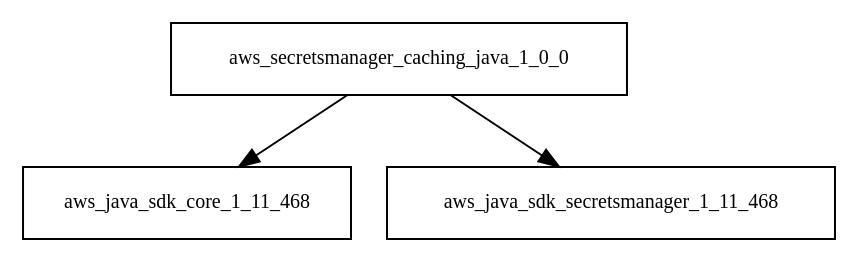
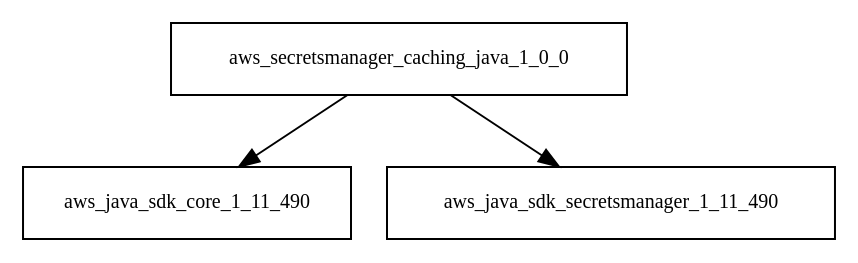
The diagram in tattleTaleReport/graphviz/aws-secretsmanager-caching-java-1.0.0.jar/aws-secretsmanager-caching-java-1.0.0.jar.dot (Hack23/cia), drawn with Graphviz before and after one commit. The commit also changed 4761 other files, not shown here.

```diff
--- a/tattleTaleReport/graphviz/aws-secretsmanager-caching-java-1.0.0.jar/aws-secretsmanager-caching-java-1.0.0.jar.dot
+++ b/tattleTaleReport/graphviz/aws-secretsmanager-caching-java-1.0.0.jar/aws-secretsmanager-caching-java-1.0.0.jar.dot
@@ -1,5 +1,5 @@
 digraph aws_secretsmanager_caching_java_1_0_0_dependencies {
   node [shape = box, fontsize=10.0];
-  aws_secretsmanager_caching_java_1_0_0 -> aws_java_sdk_core_1_11_468;
-  aws_secretsmanager_caching_java_1_0_0 -> aws_java_sdk_secretsmanager_1_11_468;
+  aws_secretsmanager_caching_java_1_0_0 -> aws_java_sdk_core_1_11_490;
+  aws_secretsmanager_caching_java_1_0_0 -> aws_java_sdk_secretsmanager_1_11_490;
 }
```
